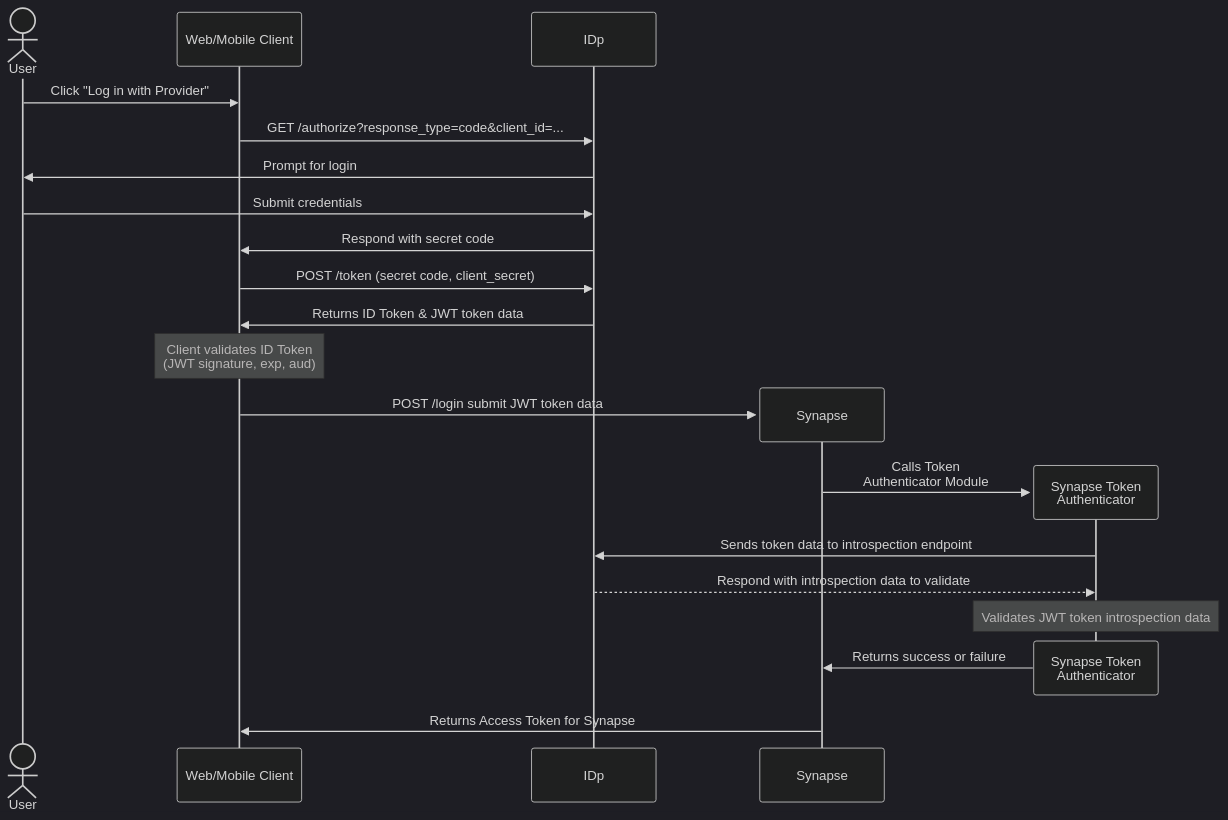
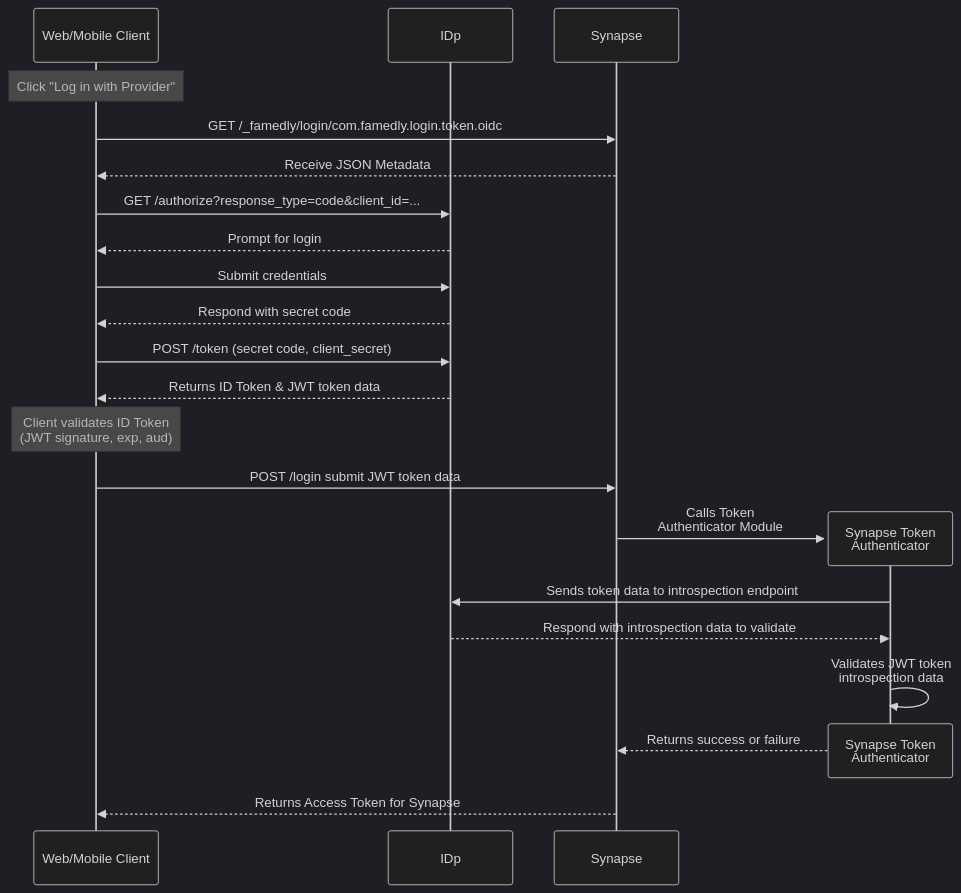
One commit to famedly/synapse-token-authenticator changed the second of 4 diagrams in README.md. Above: the diagram before and after it, drawn with Mermaid (dark theme). The commit also changed other lines of this file, not shown here.

````diff
--- a/README.md
+++ b/README.md
@@ -593,25 +593,26 @@
 ```mermaid
 sequenceDiagram
-    actor User
     participant App as Web/Mobile Client
     participant IDp
+    participant Synapse
 
-    User->>App: Click "Log in with Provider"
+    Note over App: Click "Log in with Provider"
+    App->>Synapse: GET /_famedly/login/com.famedly.login.token.oidc
+    Synapse-->>App: Receive JSON Metadata
     App->>IDp: GET /authorize?response_type=code&client_id=...
-    IDp->>User: Prompt for login
-    User->>IDp: Submit credentials
-    IDp->>App: Respond with secret code
+    IDp-->>App: Prompt for login
+    App->>IDp: Submit credentials
+    IDp-->>App: Respond with secret code
     App->>IDp: POST /token (secret code, client_secret)
-    IDp->>App: Returns ID Token & JWT token data
+    IDp-->>App: Returns ID Token & JWT token data
     Note over App: Client validates ID Token<br/>(JWT signature, exp, aud)
-    create participant Synapse
     App->>Synapse: POST /login submit JWT token data
     create participant Mod as Synapse Token<br>Authenticator
     Synapse->>Mod: Calls Token<br> Authenticator Module
     Mod->>IDp: Sends token data to introspection endpoint
     IDp-->>Mod: Respond with introspection data to validate
-    Note over Mod: Validates JWT token introspection data
+    Mod->>Mod: Validates JWT token<br> introspection data
     destroy Mod
-    Mod->>Synapse: Returns success or failure
-    Synapse->>App: Returns Access Token for Synapse
+    Mod-->>Synapse: Returns success or failure
+    Synapse-->>App: Returns Access Token for Synapse
 ```
````
